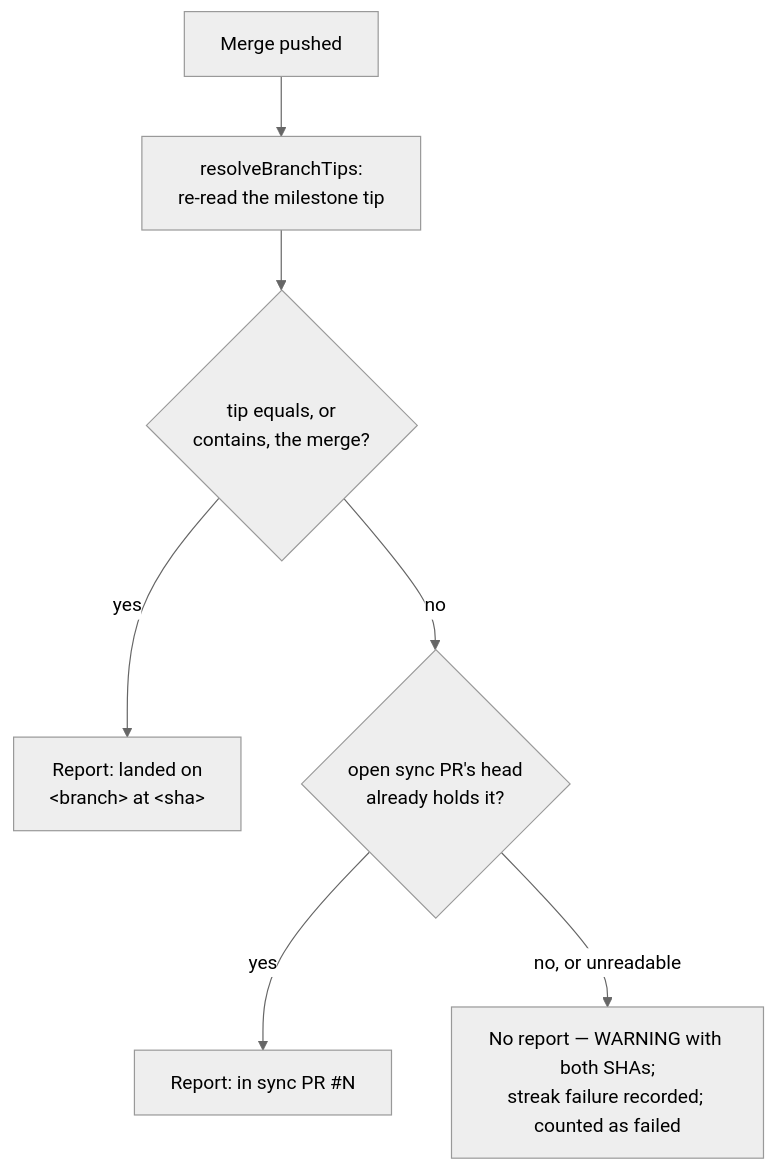
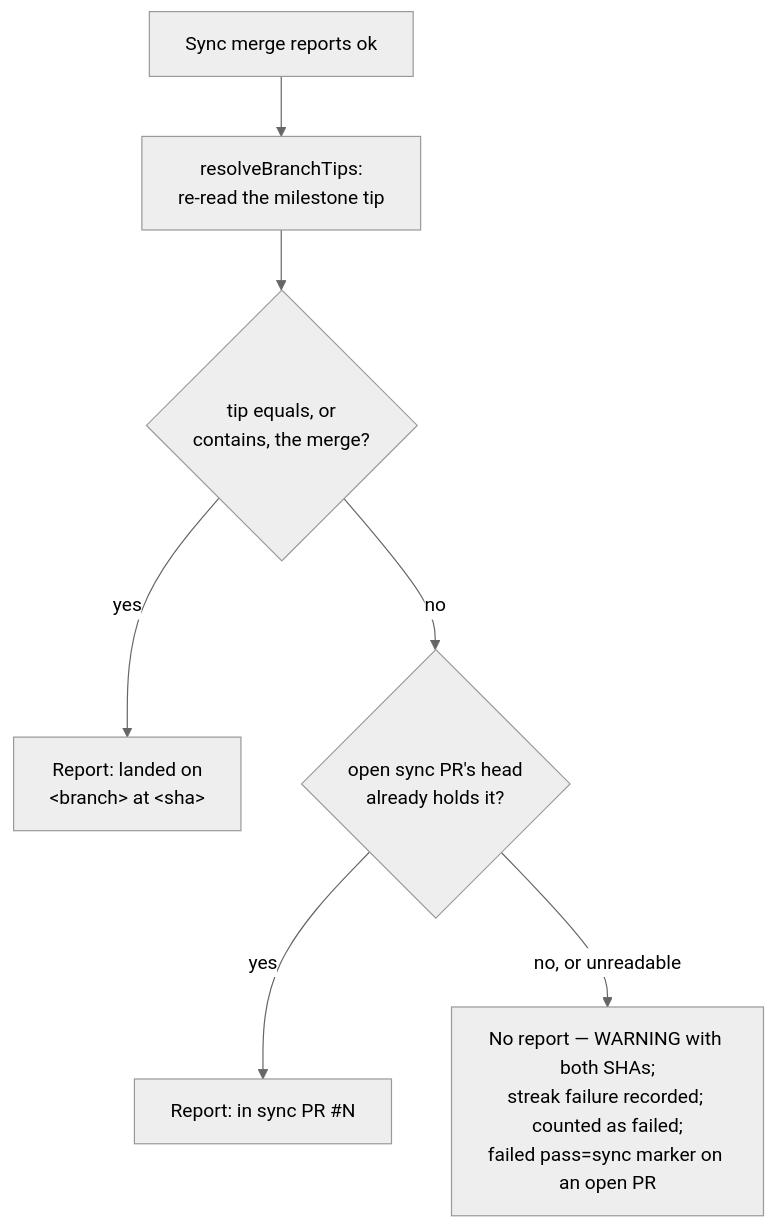
Before and after one commit to stSoftwareAU/VibeCoder: the diagram in docs/archive/pr-summaries/pr-summary-2998.md, drawn with Mermaid (neutral theme). The commit also changed other lines of this file, not shown here.

````diff
--- a/docs/archive/pr-summaries/pr-summary-2998.md
+++ b/docs/archive/pr-summaries/pr-summary-2998.md
@@ -44,9 +59,9 @@
 ```mermaid
 flowchart TD
-    A["Merge pushed"] --> B["resolveBranchTips:<br/>re-read the milestone tip"]
+    A["Sync merge reports ok"] --> B["resolveBranchTips:<br/>re-read the milestone tip"]
     B --> C{"tip equals, or<br/>contains, the merge?"}
     C -- yes --> D["Report: landed on<br/>&lt;branch&gt; at &lt;sha&gt;"]
     C -- no --> E{"open sync PR's head<br/>already holds it?"}
     E -- yes --> F["Report: in sync PR #N"]
-    E -- "no, or unreadable" --> G["No report — WARNING with both SHAs;<br/>streak failure recorded; counted as failed"]
+    E -- "no, or unreadable" --> G["No report — WARNING with both SHAs;<br/>streak failure recorded; counted as failed;<br/>failed pass=sync marker on an open PR"]
 ```
````
